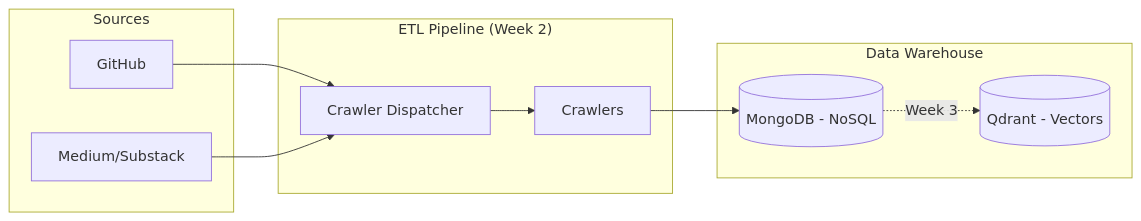
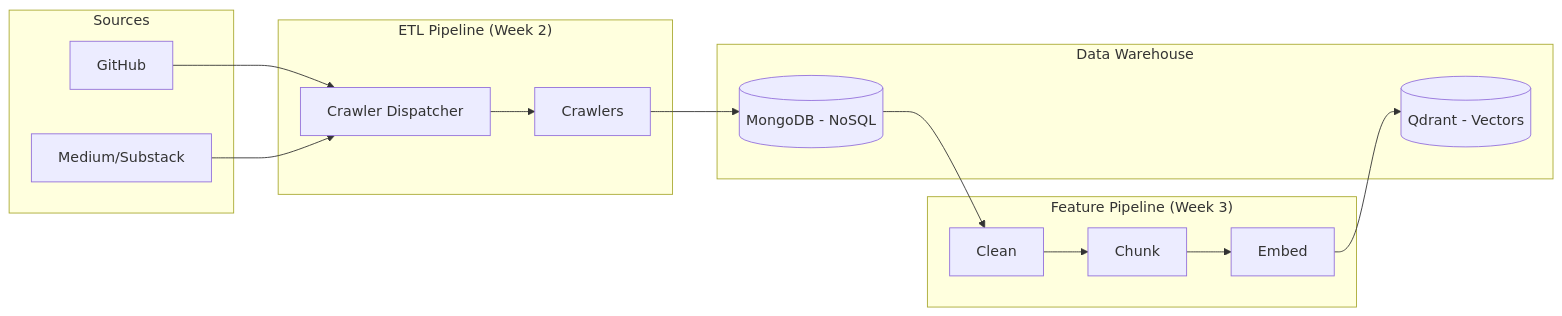
The first of 3 diagrams in README.md (sh-arka22/MoodSwarm-LLM), drawn with Mermaid before and after one commit. The commit also changed other lines of this file and 10 other files, not shown here.

````diff
--- a/README.md
+++ b/README.md
@@ -38,23 +60,32 @@
 ```mermaid
 graph LR
     subgraph Sources
         GH[GitHub]
         MD[Medium/Substack]
     end
 
     subgraph "ETL Pipeline (Week 2)"
         Dispatcher[Crawler Dispatcher]
         Worker[Crawlers]
     end
 
+    subgraph "Feature Pipeline (Week 3)"
+        Clean[Clean]
+        Chunk[Chunk]
+        Embed[Embed]
+    end
+
     subgraph "Data Warehouse"
         Mongo[(MongoDB - NoSQL)]
         Qdrant[(Qdrant - Vectors)]
     end
 
     GH --> Dispatcher
     MD --> Dispatcher
     Dispatcher --> Worker
     Worker --> Mongo
-    Mongo -.-> |Week 3| Qdrant
+    Mongo --> Clean
+    Clean --> Chunk
+    Chunk --> Embed
+    Embed --> Qdrant
 ```
````
